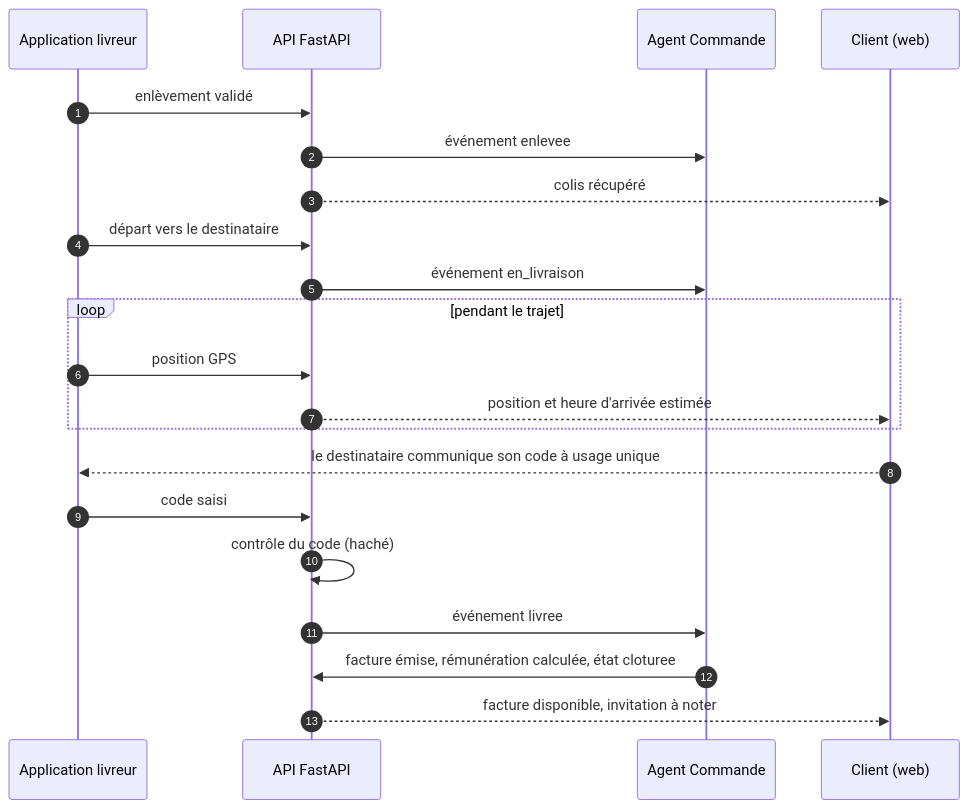
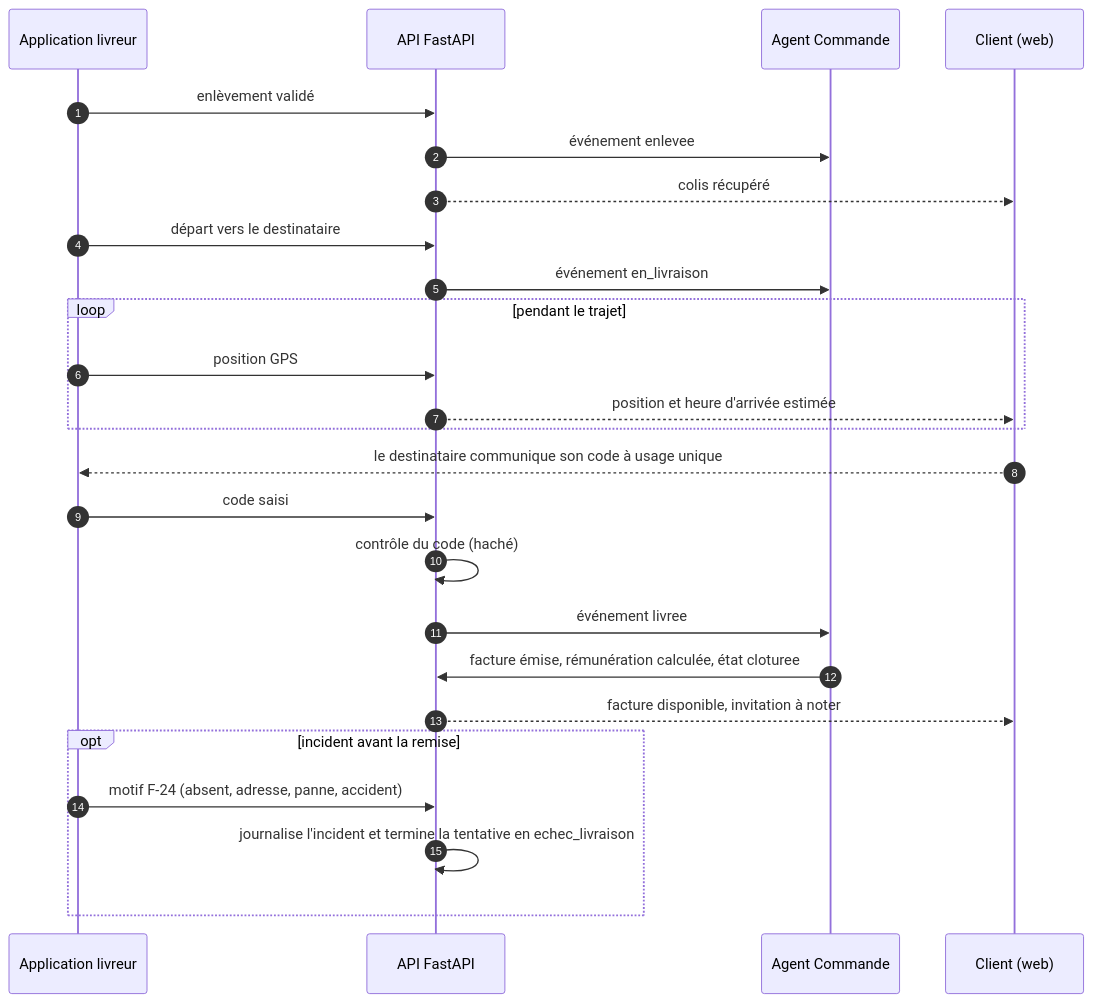
One commit to BigYa2nick/Livraison-ProjetSMA changed the fifth of 6 diagrams in docs/conception/03-sequences-protocole.md. Above: the diagram before and after it, drawn with Mermaid. The commit also changed 49 other files, not shown here.

````diff
--- a/docs/conception/03-sequences-protocole.md
+++ b/docs/conception/03-sequences-protocole.md
@@ -163,24 +163,28 @@
 ```mermaid
 sequenceDiagram
     autonumber
     participant App as Application livreur
     participant API as API FastAPI
     participant AC as Agent Commande
     participant C as Client (web)
 
     App->>API: enlèvement validé
     API->>AC: événement enlevee
     API-->>C: colis récupéré
     App->>API: départ vers le destinataire
     API->>AC: événement en_livraison
     loop pendant le trajet
         App->>API: position GPS
         API-->>C: position et heure d'arrivée estimée
     end
     C-->>App: le destinataire communique son code à usage unique
     App->>API: code saisi
     API->>API: contrôle du code (haché)
     API->>AC: événement livree
     AC->>API: facture émise, rémunération calculée, état cloturee
     API-->>C: facture disponible, invitation à noter
+    opt incident avant la remise
+        App->>API: motif F-24 (absent, adresse, panne, accident)
+        API->>API: journalise l'incident et termine la tentative en echec_livraison
+    end
 ```
````
